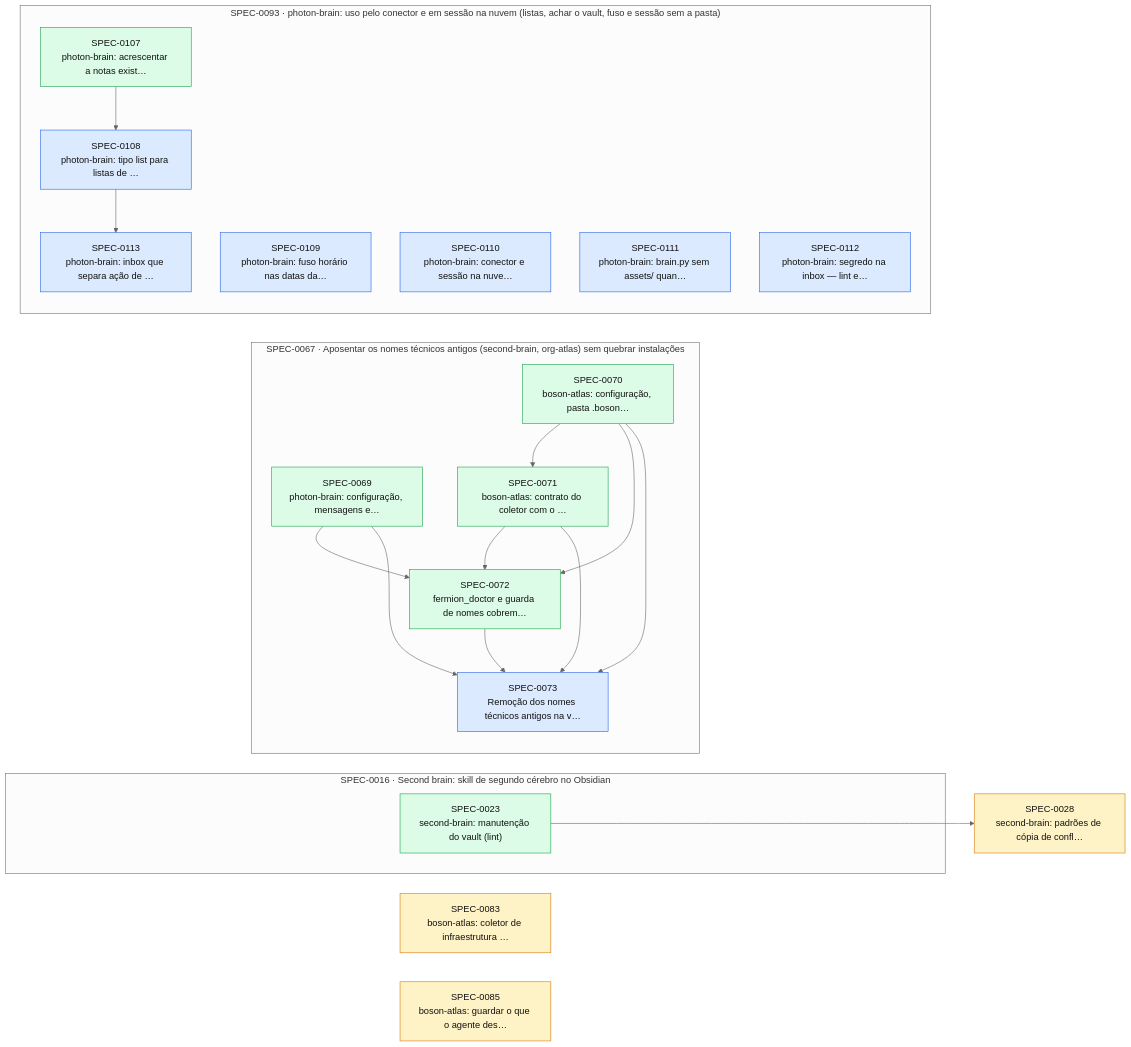
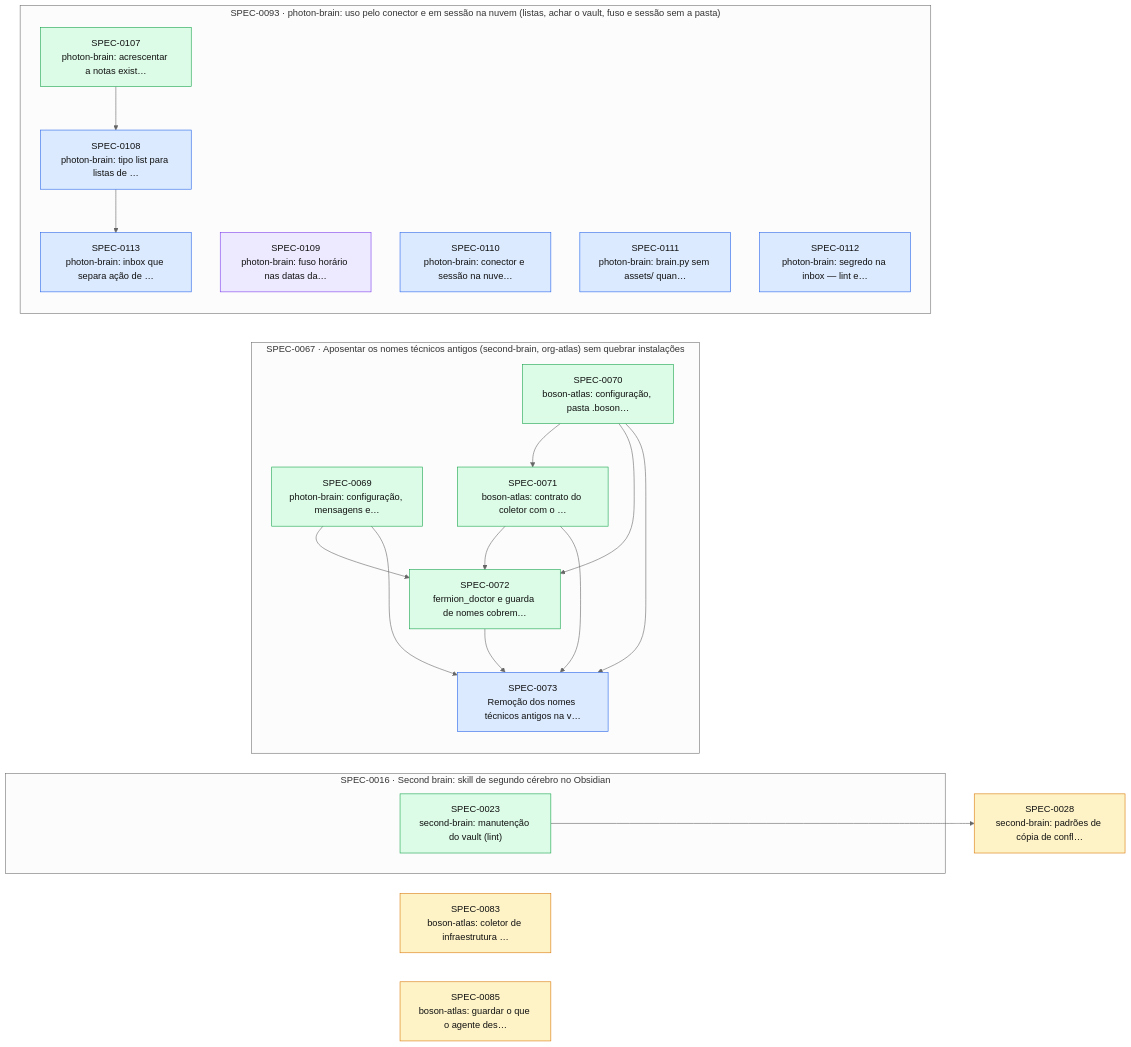
Before and after one commit to thomasravache/ai-dev-brain: the diagram in docs/specs/INDEX.md, drawn with Mermaid (neutral theme). The commit also changed other lines of this file and 1 other file, not shown here.

First line of the commit message:
docs(specs): inicia a SPEC-0109

````diff
--- a/docs/specs/INDEX.md
+++ b/docs/specs/INDEX.md
@@ -71,41 +71,41 @@
 ```mermaid
 flowchart LR
   S0028["SPEC-0028<br/>second-brain: padrões de cópia de confl…"]:::proposed
   S0083["SPEC-0083<br/>boson-atlas: coletor de infraestrutura …"]:::proposed
   S0085["SPEC-0085<br/>boson-atlas: guardar o que o agente des…"]:::proposed
   subgraph E0016["SPEC-0016 · Second brain: skill de segundo cérebro no Obsidian"]
     S0023["SPEC-0023<br/>second-brain: manutenção do vault (lint)"]:::implemented
   end
   subgraph E0067["SPEC-0067 · Aposentar os nomes técnicos antigos (second-brain, org-atlas) sem quebrar instalações"]
     S0069["SPEC-0069<br/>photon-brain: configuração, mensagens e…"]:::implemented
     S0070["SPEC-0070<br/>boson-atlas: configuração, pasta .boson…"]:::implemented
     S0071["SPEC-0071<br/>boson-atlas: contrato do coletor com o …"]:::implemented
     S0072["SPEC-0072<br/>fermion_doctor e guarda de nomes cobrem…"]:::implemented
     S0073["SPEC-0073<br/>Remoção dos nomes técnicos antigos na v…"]:::approved
   end
   subgraph E0093["SPEC-0093 · photon-brain: uso pelo conector e em sessão na nuvem (listas, achar o vault, fuso e sessão sem a pasta)"]
     S0107["SPEC-0107<br/>photon-brain: acrescentar a notas exist…"]:::implemented
     S0108["SPEC-0108<br/>photon-brain: tipo list para listas de …"]:::approved
-    S0109["SPEC-0109<br/>photon-brain: fuso horário nas datas da…"]:::approved
+    S0109["SPEC-0109<br/>photon-brain: fuso horário nas datas da…"]:::inprogress
     S0110["SPEC-0110<br/>photon-brain: conector e sessão na nuve…"]:::approved
     S0111["SPEC-0111<br/>photon-brain: brain.py sem assets/ quan…"]:::approved
     S0112["SPEC-0112<br/>photon-brain: segredo na inbox — lint e…"]:::approved
     S0113["SPEC-0113<br/>photon-brain: inbox que separa ação de …"]:::approved
   end
   S0023 --> S0028
   S0070 --> S0071
   S0069 --> S0072
   S0070 --> S0072
   S0071 --> S0072
   S0069 --> S0073
   S0070 --> S0073
   S0071 --> S0073
   S0072 --> S0073
   S0107 --> S0108
   S0108 --> S0113
   classDef proposed fill:#fef3c7,stroke:#d97706,color:#111
   classDef approved fill:#dbeafe,stroke:#2563eb,color:#111
   classDef inprogress fill:#ede9fe,stroke:#7c3aed,color:#111
   classDef implemented fill:#dcfce7,stroke:#16a34a,color:#111
   classDef deprecated fill:#f3f4f6,stroke:#9ca3af,color:#6b7280
 ```
````
